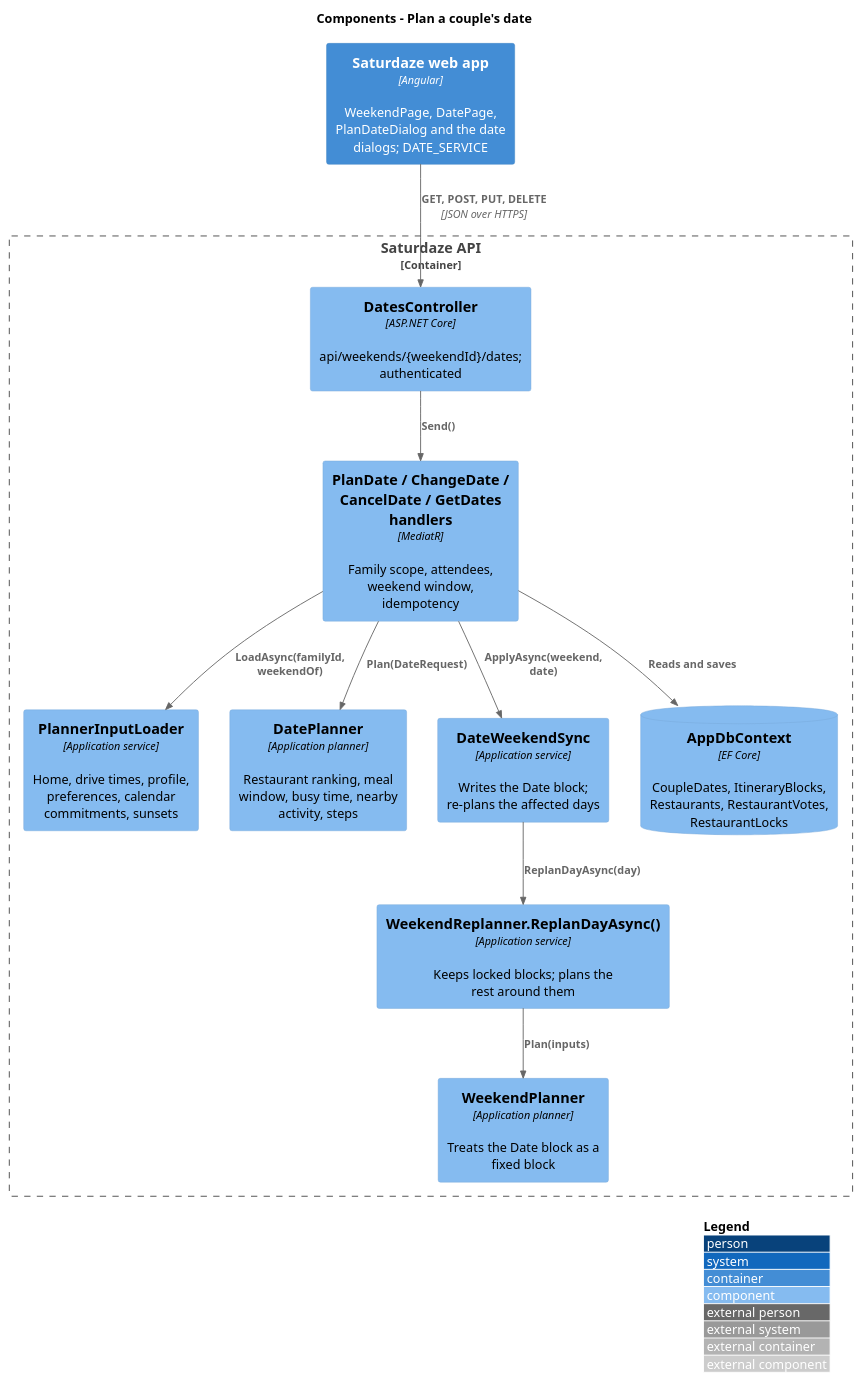
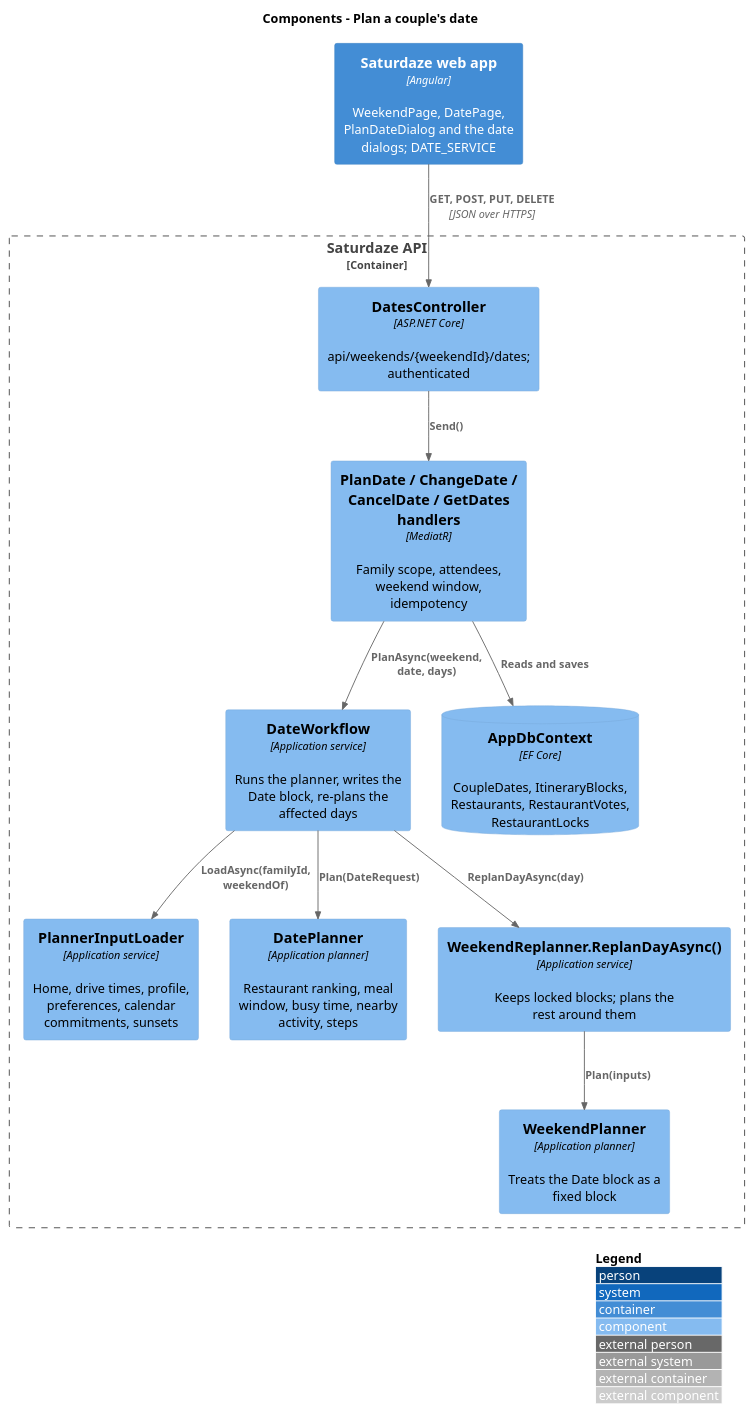
Before and after one commit to QuinntyneBrown/saturdaze: the diagram in docs/detailed-designs/weekend-planning/plan-a-couples-date/diagrams/c4-component.puml, drawn with PlantUML. The commit also changed 10 other files, not shown here.

```diff
--- a/docs/detailed-designs/weekend-planning/plan-a-couples-date/diagrams/c4-component.puml
+++ b/docs/detailed-designs/weekend-planning/plan-a-couples-date/diagrams/c4-component.puml
@@ -1,25 +1,25 @@
 @startuml
 !include <C4/C4_Component>
 LAYOUT_WITH_LEGEND()
 title Components - Plan a couple's date
 
 Container(spa, "Saturdaze web app", "Angular", "WeekendPage, DatePage, PlanDateDialog and the date dialogs; DATE_SERVICE")
 Container_Boundary(api, "Saturdaze API") {
   Component(controller, "DatesController", "ASP.NET Core", "api/weekends/{weekendId}/dates; authenticated")
   Component(handlers, "PlanDate / ChangeDate / CancelDate / GetDates handlers", "MediatR", "Family scope, attendees, weekend window, idempotency")
   Component(loader, "PlannerInputLoader", "Application service", "Home, drive times, profile, preferences, calendar commitments, sunsets")
   Component(planner, "DatePlanner", "Application planner", "Restaurant ranking, meal window, busy time, nearby activity, steps")
-  Component(sync, "DateWeekendSync", "Application service", "Writes the Date block; re-plans the affected days")
+  Component(sync, "DateWorkflow", "Application service", "Runs the planner, writes the Date block, re-plans the affected days")
   Component(replanner, "WeekendReplanner.ReplanDayAsync()", "Application service", "Keeps locked blocks; plans the rest around them")
   Component(weekendPlanner, "WeekendPlanner", "Application planner", "Treats the Date block as a fixed block")
   ComponentDb(db, "AppDbContext", "EF Core", "CoupleDates, ItineraryBlocks, Restaurants, RestaurantVotes, RestaurantLocks")
 }
 Rel(spa, controller, "GET, POST, PUT, DELETE", "JSON over HTTPS")
 Rel(controller, handlers, "Send()")
-Rel(handlers, loader, "LoadAsync(familyId, weekendOf)")
-Rel(handlers, planner, "Plan(DateRequest)")
-Rel(handlers, sync, "ApplyAsync(weekend, date)")
+Rel(sync, loader, "LoadAsync(familyId, weekendOf)")
+Rel(sync, planner, "Plan(DateRequest)")
+Rel(handlers, sync, "PlanAsync(weekend, date, days)")
 Rel(sync, replanner, "ReplanDayAsync(day)")
 Rel(replanner, weekendPlanner, "Plan(inputs)")
 Rel(handlers, db, "Reads and saves")
 @enduml
```
